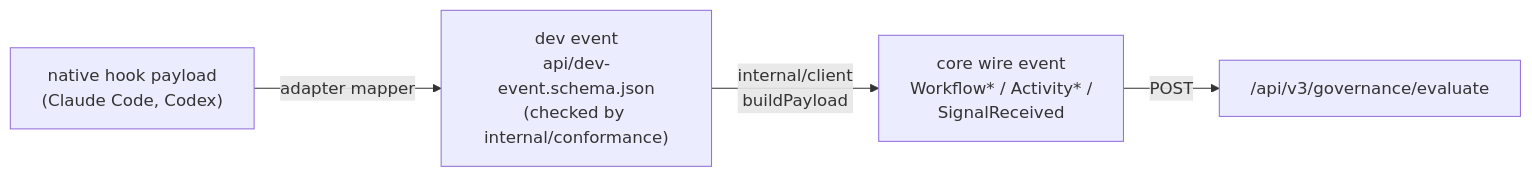
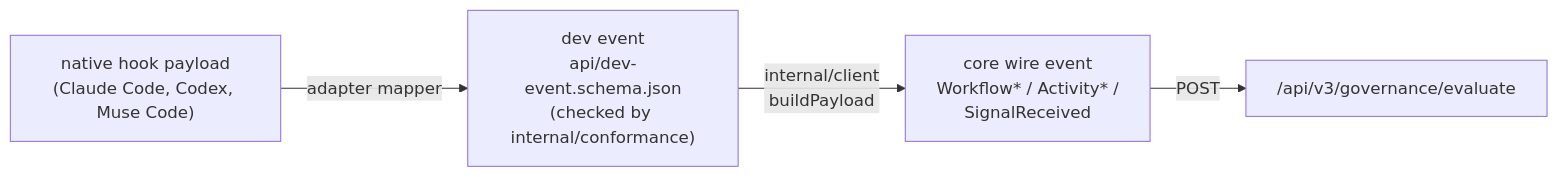
The diagram in docs/dev-event-contract.md (OpenBox-AI/openbox-shift-left), drawn with Mermaid before and after one commit. The commit also changed other lines of this file and 9 other files, not shown here.

First line of the commit message:
docs: document Muse Code as the third governed tool

````diff
--- a/docs/dev-event-contract.md
+++ b/docs/dev-event-contract.md
@@ -11,6 +11,6 @@
 ```mermaid
 flowchart LR
-  N["native hook payload<br/>(Claude Code, Codex)"] -- "adapter mapper" --> D["dev event<br/>api/dev-event.schema.json<br/>(checked by internal/conformance)"]
+  N["native hook payload<br/>(Claude Code, Codex, Muse Code)"] -- "adapter mapper" --> D["dev event<br/>api/dev-event.schema.json<br/>(checked by internal/conformance)"]
   D -- "internal/client<br/>buildPayload" --> W["core wire event<br/>Workflow* / Activity* /<br/>SignalReceived"]
   W -- "POST" --> E["/api/v3/governance/evaluate"]
 ```
````
